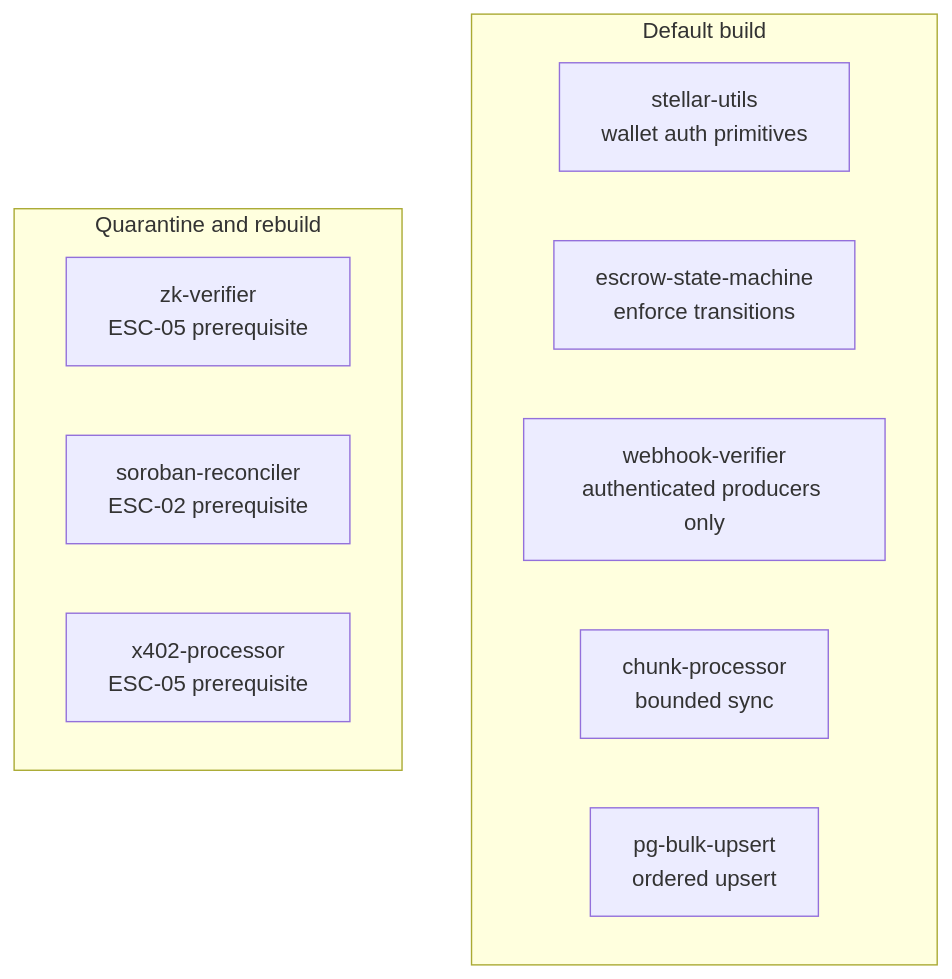
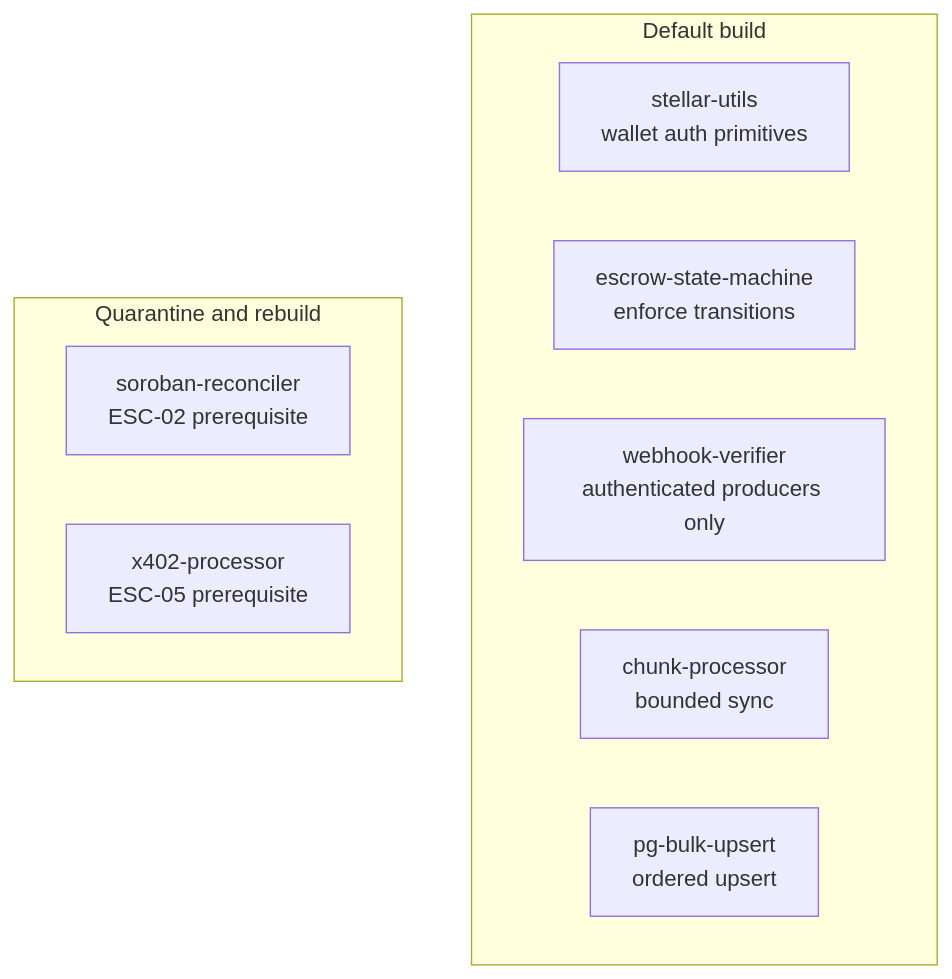
One commit to safetrustcr/backend-SafeTrust changed the first of 3 diagrams in docs/architecture/crate-boundaries.md. Above: the diagram before and after it, drawn with Mermaid. The commit also changed other lines of this file and 30 other files, not shown here.

````diff
--- a/docs/architecture/crate-boundaries.md
+++ b/docs/architecture/crate-boundaries.md
@@ -21,15 +21,14 @@
 ```mermaid
 flowchart TD
     subgraph Default build
         C1[stellar-utils\nwallet auth primitives]
         C2[escrow-state-machine\nenforce transitions]
         C3[webhook-verifier\nauthenticated producers only]
         C4[chunk-processor\nbounded sync]
         C5[pg-bulk-upsert\nordered upsert]
     end
     subgraph Quarantine and rebuild
-        C6[zk-verifier\nESC-05 prerequisite]
         C7[soroban-reconciler\nESC-02 prerequisite]
         C8[x402-processor\nESC-05 prerequisite]
     end
 ```
````
